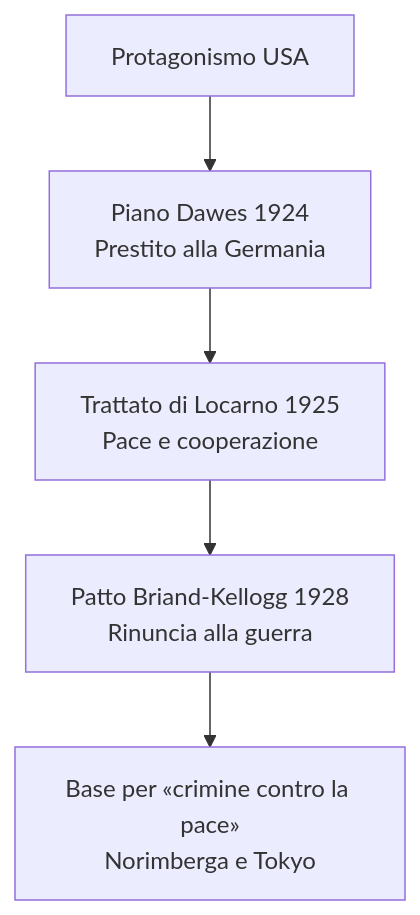
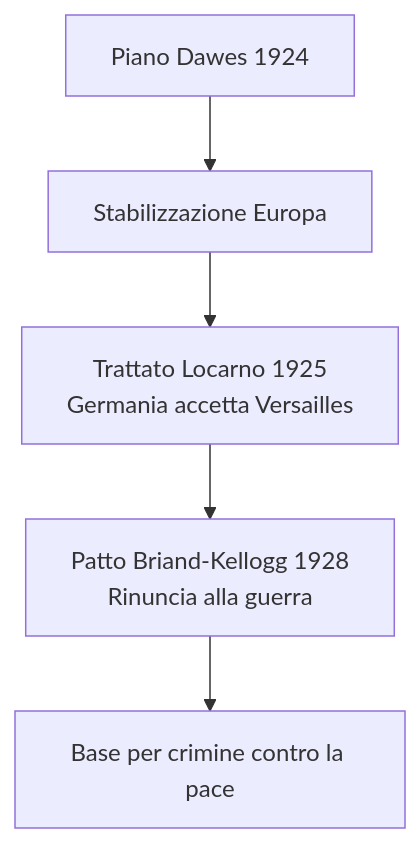
One commit to riccardo-algorime/appunti-5Bsa changed the third of 6 diagrams in storia/materiale/studio/capitolo_3.10_ripasso.md. Above: the diagram before and after it, drawn with Mermaid. The commit also changed other lines of this file and 5 other files, not shown here.

````diff
--- a/storia/materiale/studio/capitolo_3.10_ripasso.md
+++ b/storia/materiale/studio/capitolo_3.10_ripasso.md
@@ -127,7 +132,7 @@
 ```mermaid
 flowchart TD
-    A[Protagonismo USA] --> B[Piano Dawes 1924<br/>Prestito alla Germania]
-    B --> C[Trattato di Locarno 1925<br/>Pace e cooperazione]
+    A[Piano Dawes 1924] --> B[Stabilizzazione Europa]
+    B --> C[Trattato Locarno 1925<br/>Germania accetta Versailles]
     C --> D[Patto Briand-Kellogg 1928<br/>Rinuncia alla guerra]
-    D --> E[Base per «crimine contro la pace»<br/>Norimberga e Tokyo]
+    D --> E[Base per crimine contro la pace]
 ```
````
